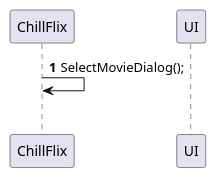
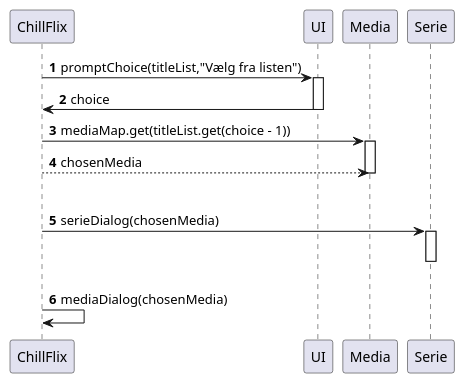
Before and after one commit to Falcho/SP3: the diagram in docs/SelectMovieDialogSequence.puml, drawn with PlantUML.

Commit message:
Oprettede og udfyldt LoginDialogSequence.puml

```diff
--- a/docs/SelectMovieDialogSequence.puml
+++ b/docs/SelectMovieDialogSequence.puml
@@ -1,11 +1,28 @@
 @startuml
 'https://plantuml.com/sequence-diagram
 
 autonumber
 
 participant ChillFlix
 participant UI
+participant Media
+participant Serie
 
-ChillFlix -> ChillFlix :SelectMovieDialog();
-loop
+ChillFlix -> UI: promptChoice(titleList,"Vælg fra listen")
+activate UI
+UI -> ChillFlix: choice
+deactivate UI
+
+ChillFlix -> Media: mediaMap.get(titleList.get(choice - 1))
+activate Media
+Media <-- ChillFlix: chosenMedia
+deactivate Media
+
+alt Chosen media is a Serie
+    ChillFlix -> Serie: serieDialog(chosenMedia)
+    activate Serie
+    deactivate Serie
+else Chosen media is not a Serie
+    ChillFlix -> ChillFlix: mediaDialog(chosenMedia)
+
 @enduml
```
